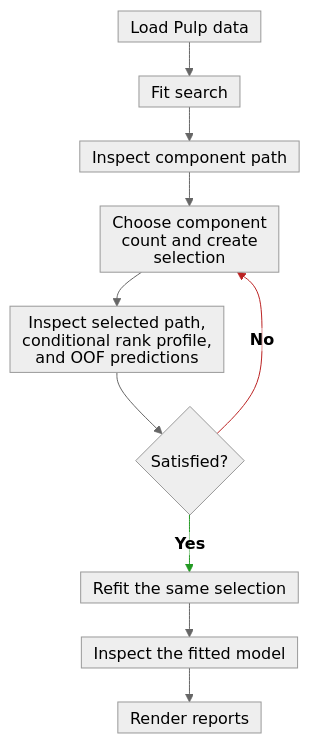
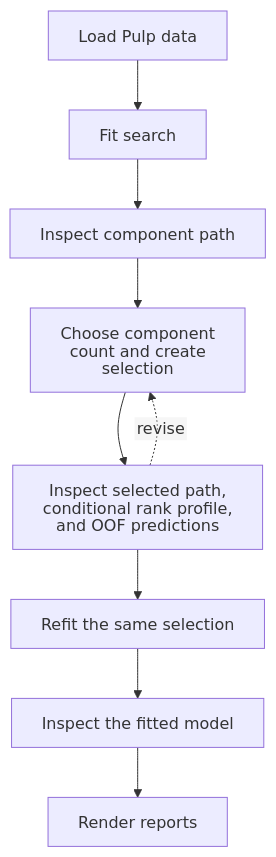
One commit to stefanlindstroem/pipls_private changed the diagram in docs/tutorials/pulp.md. Above: the diagram before and after it, drawn with Mermaid. The commit also changed 7 other files, not shown here.

````diff
--- a/docs/tutorials/pulp.md
+++ b/docs/tutorials/pulp.md
@@ -14,27 +14,18 @@
 ```mermaid
 ---
 config:
   htmlLabels: false
-  theme: neutral
-  flowchart:
-    diagramPadding: 4
-    padding: 6
-    nodeSpacing: 28
-    rankSpacing: 34
 ---
 flowchart TD
     load["Load Pulp data"]
     search["Fit search"]
     path["Inspect component path"]
     select["Choose component count and create selection"]
     review["Inspect selected path, conditional rank profile, and OOF predictions"]
-    decide{"Satisfied?"}
     refit["Refit the same selection"]
     analyze["Inspect the fitted model"]
     render["Render reports"]
 
-    load --> search --> path --> select --> review --> decide -->|"`**Yes**`"| refit --> analyze --> render
-    decide -->|"`**No**`"| select
-    linkStyle 5 stroke:#292,color:black;
-    linkStyle 8 stroke:#b22,color:black;
+    load --> search --> path --> select --> review --> refit --> analyze --> render
+    review -. "revise" .-> select
 ```
````
